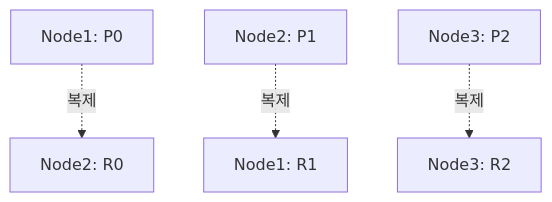
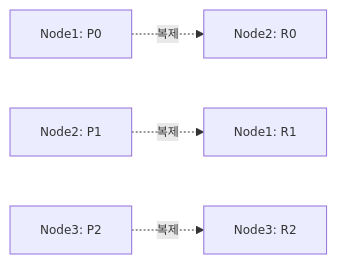
The third of 7 diagrams in _posts/nosql/2026-05-03-elasticsearch-deep.md (yjkim2015/yjkim2015.github.io), drawn with Mermaid before and after one commit. The commit also changed other lines of this file and 164 other files, not shown here.

First line of the commit message:
Mermaid 렌더링 크기 축소: fontSize 12px, nodePadding 4px

````diff
--- a/_posts/nosql/2026-05-03-elasticsearch-deep.md
+++ b/_posts/nosql/2026-05-03-elasticsearch-deep.md
@@ -91,6 +93,7 @@
 ```mermaid
-flowchart TB
+%%{init: {'theme': 'default', 'themeVariables': {'fontSize': '12px', 'nodePadding': '4px'}} }%%
+flowchart LR
     P0["Node1: P0"] -. 복제 .-> R0["Node2: R0"]
     P1["Node2: P1"] -. 복제 .-> R1["Node1: R1"]
     P2["Node3: P2"] -. 복제 .-> R2["Node3: R2"]
 ```
````
